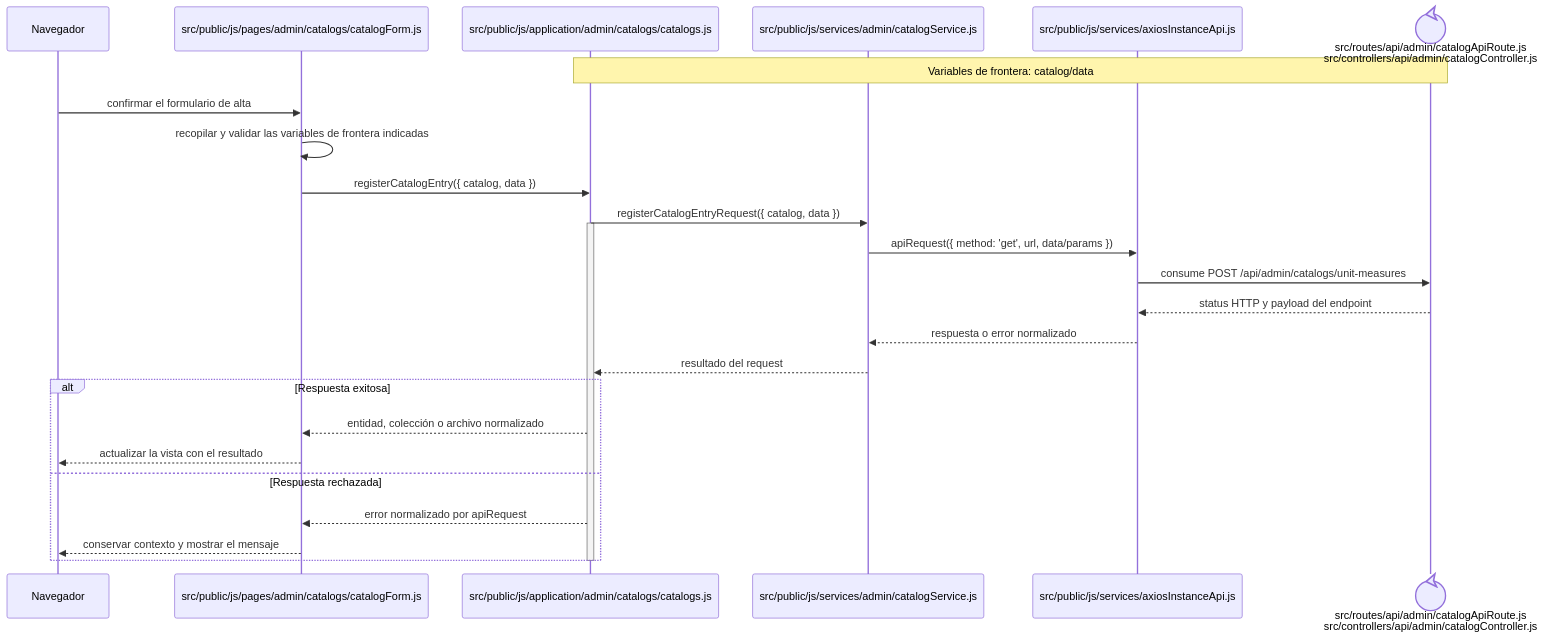
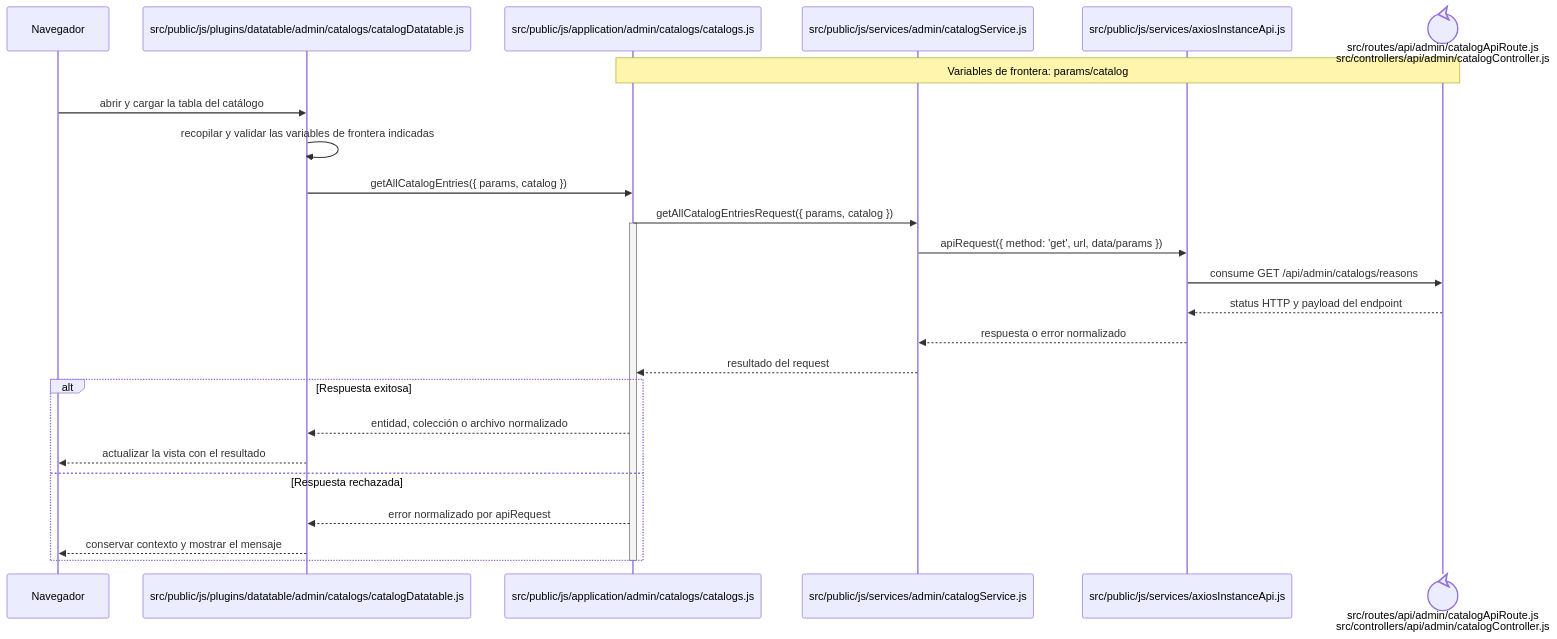
The diagram in docs/architecture/frontend-code-sequences/catalogs/cu-cat-37.md (gpgsistemas01/nexus), drawn with Mermaid before and after one commit. The commit also changed other lines of this file and 207 other files, not shown here.

````diff
--- a/docs/architecture/frontend-code-sequences/catalogs/cu-cat-37.md
+++ b/docs/architecture/frontend-code-sequences/catalogs/cu-cat-37.md
@@ -6,29 +6,29 @@
 ```mermaid
 sequenceDiagram
     participant Browser as Navegador
-    participant View as src/public/js/pages/admin/catalogs/catalogForm.js
+    participant View as src/public/js/plugins/datatable/admin/catalogs/catalogDatatable.js
     participant Application as src/public/js/application/admin/catalogs/catalogs.js
     participant Request as src/public/js/services/admin/catalogService.js
     participant HTTP as src/public/js/services/axiosInstanceApi.js
     participant Transport@{ "type": "control" } as src/routes/api/admin/catalogApiRoute.js<br/>src/controllers/api/admin/catalogController.js
-    Note over Application,Transport: Variables de frontera: catalog/data
+    Note over Application,Transport: Variables de frontera: params/catalog
 
-    Browser->>View: confirmar el formulario de alta
+    Browser->>View: abrir y cargar la tabla del catálogo
     View->>View: recopilar y validar las variables de frontera indicadas
-    View->>Application: registerCatalogEntry({ catalog, data })
-    Application->>Request: registerCatalogEntryRequest({ catalog, data })
+    View->>Application: getAllCatalogEntries({ params, catalog })
+    Application->>Request: getAllCatalogEntriesRequest({ params, catalog })
     activate Application
     Request->>HTTP: apiRequest({ method: 'get', url, data/params })
-    HTTP->>Transport: consume POST /api/admin/catalogs/unit-measures
+    HTTP->>Transport: consume GET /api/admin/catalogs/reasons
     Transport-->>HTTP: status HTTP y payload del endpoint
     HTTP-->>Request: respuesta o error normalizado
     Request-->>Application: resultado del request
     alt Respuesta exitosa
         Application-->>View: entidad, colección o archivo normalizado
         View-->>Browser: actualizar la vista con el resultado
     else Respuesta rechazada
         Application-->>View: error normalizado por apiRequest
         View-->>Browser: conservar contexto y mostrar el mensaje
     end
     deactivate Application
 ```
````
